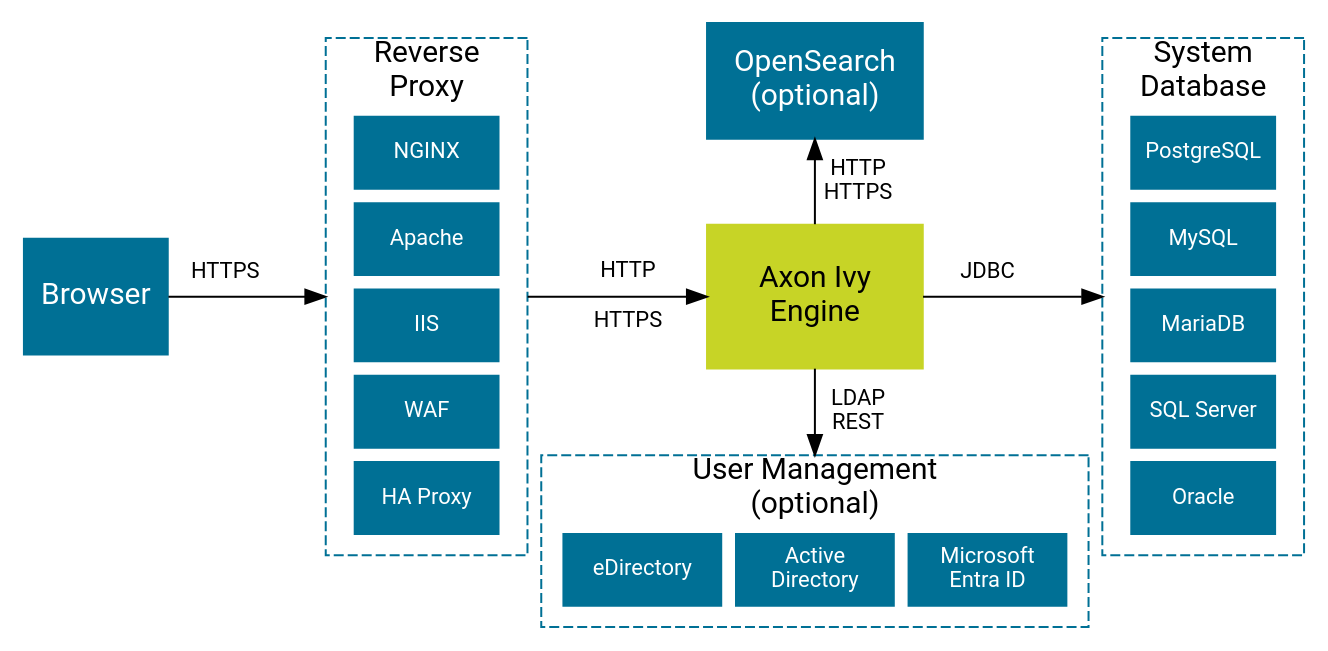
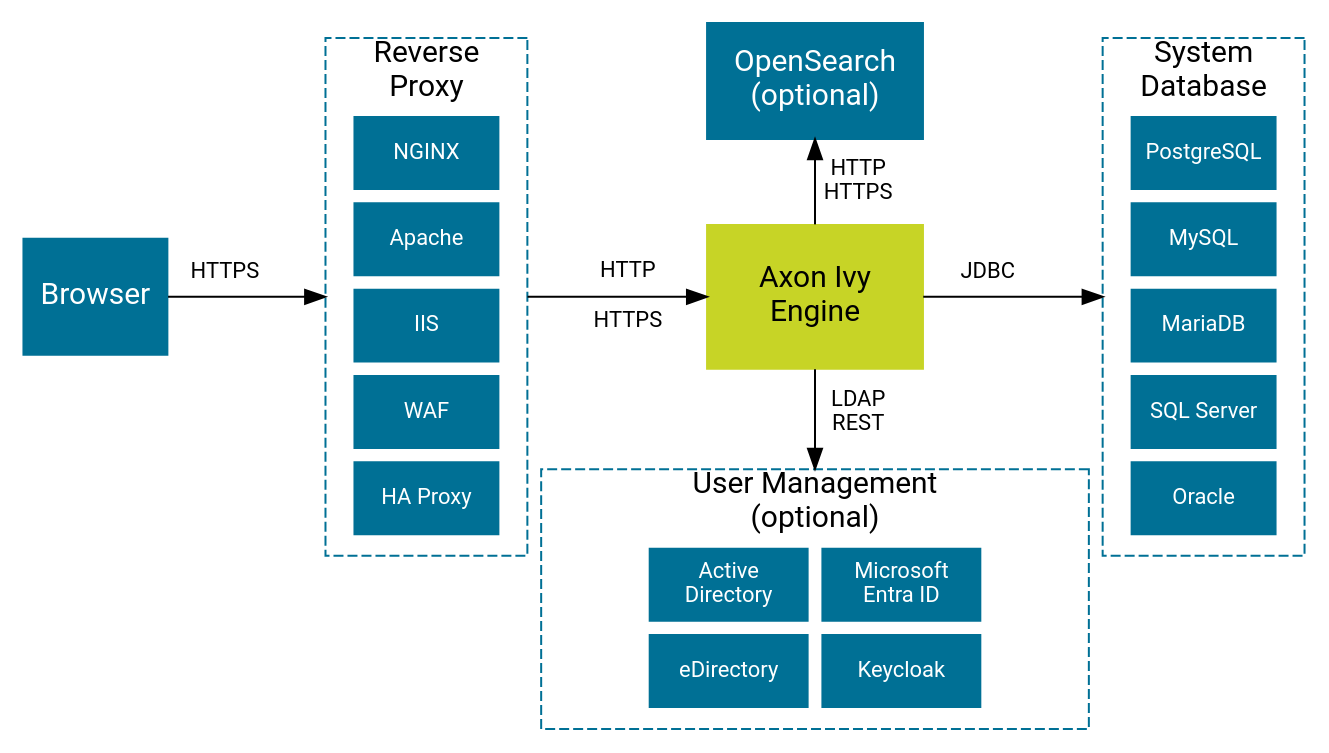
The diagram in source/engine-guide/integration/overview.dot (bernhardAxonIvy/doc), drawn with Graphviz before and after one commit. The commit also changed 2 other files, not shown here.

Commit message:
XIVY-15584 Support Keycloak as identity provider

```diff
--- a/source/engine-guide/integration/overview.dot
+++ b/source/engine-guide/integration/overview.dot
@@ -1,48 +1,49 @@
 digraph overview {
   layout=neato;
   
   node [shape=box, height="0.8", width="2", color="#007095", style=filled, fixedsize="true", margin=0, 
         fontname="Roboto,Helvetica Neue,Arial,sans-serif", fontcolor="white", fontsize=15
        ]; 
   
   /* nodes */
   browser         [ label="Browser",                           pos="0.4,2.5!", width="1"];
 
   reverseProxy    [label="Reverse\nProxy",                     pos="2.7,2.5!", height="3.6", width="1.4", style="dashed", fontcolor="black", labelloc="t"];
   frontendNginx   [label="NGINX",                              pos="2.7,3.5!", height="0.5", width="1.0", fontsize=11];
   frontendApache  [label="Apache",                             pos="2.7,2.9!", height="0.5", width="1.0", fontsize=11];
   frontendIIS     [label="IIS",                                pos="2.7,2.3!", height="0.5", width="1.0", fontsize=11];
   frontendWAF     [label="WAF",                                pos="2.7,1.7!", height="0.5", width="1.0", fontsize=11];
   frontendHA      [label="HA Proxy",                           pos="2.7,1.1!", height="0.5", width="1.0", fontsize=11];
  
   engine          [label="Axon Ivy\nEngine",                   pos="5.4,2.5!", height="1.0", width="1.5", color="#C7D426", fontcolor="black"];
   
-  userManagement  [label="User Management\n(optional)",        pos="5.4,0.8!", height="1.2", width="3.8" style="dashed" fontcolor="black" labelloc="t"];
-  eDirectory      [label="eDirectory",                         pos="4.2,0.6!", height="0.5", width="1.1", fontsize=11];
-  activeDirectory [label="Active\nDirectory",                  pos="5.4,0.6!", height="0.5", width="1.1", fontsize=11];
-  entraID         [label="Microsoft\nEntra ID\n",              pos="6.6,0.6!", height="0.5", width="1.1", fontsize=11];
+  userManagement  [label="User Management\n(optional)",        pos="5.4,0.4!", height="1.8", width="3.8" style="dashed" fontcolor="black" labelloc="t"];
+  eDirectory      [label="eDirectory",                         pos="4.8,-0.1!", height="0.5", width="1.1", fontsize=11];
+  activeDirectory [label="Active\nDirectory",                  pos="4.8,0.5!", height="0.5", width="1.1", fontsize=11];
+  entraID         [label="Microsoft\nEntra ID\n",              pos="6.0,0.5!", height="0.5", width="1.1", fontsize=11];
+  keycloak        [label="Keycloak",                           pos="6.0,-0.1!", height="0.5", width="1.1", fontsize=11];
 
   systemdb        [label="System\nDatabase",                   pos="8.1,2.5!", height="3.6", width="1.4", style="dashed" fontcolor="black" labelloc="t"]
   postgres        [label="PostgreSQL",                         pos="8.1,3.5!", height="0.5", width="1.0", fontsize=11]
   mysql           [label="MySQL",                              pos="8.1,2.9!", height="0.5", width="1.0", fontsize=11]
   mariadb         [label="MariaDB",                            pos="8.1,2.3!", height="0.5", width="1.0", fontsize=11]
   mssql           [label="SQL Server",                         pos="8.1,1.7!", height="0.5", width="1.0", fontsize=11]
   oracle          [label="Oracle",                             pos="8.1,1.1!", height="0.5", width="1.0", fontsize=11]
 
   opensearch [ label="OpenSearch\n(optional)", pos="5.4,4.0!", height="0.8" width="1.5"]
 
   /* edges */
   browser -> reverseProxy;
   reverseProxy -> engine;
   engine -> userManagement;
   engine -> systemdb;
   engine -> opensearch;
 
    /* edge labels */  
   browser_reverseProxy [ label="HTTPS\n \n ",  pos = "1.3,2.5!", shape=none, fillcolor=none, fontcolor=black, fontsize=11];
   reverseProxy_engine [ label="HTTP\n\nHTTPS", pos = "4.1,2.5!", shape=none, fillcolor=none, fontcolor=black, fontsize=11];
   engine_userManagement [ label="LDAP\nREST",  pos = "5.7,1.7!", shape=none, fillcolor=none, fontcolor=black, fontsize=11];
   engine_systemdb [ label="JDBC\n \n ",        pos = "6.6,2.5!", shape=none, fillcolor=none, fontcolor=black, fontsize=11];
   engine_opensearch [label="HTTP\nHTTPS",   pos = "5.7,3.3!", shape=none, fillcolor=none, fontcolor=black, fontsize=11];
   
 }
```
